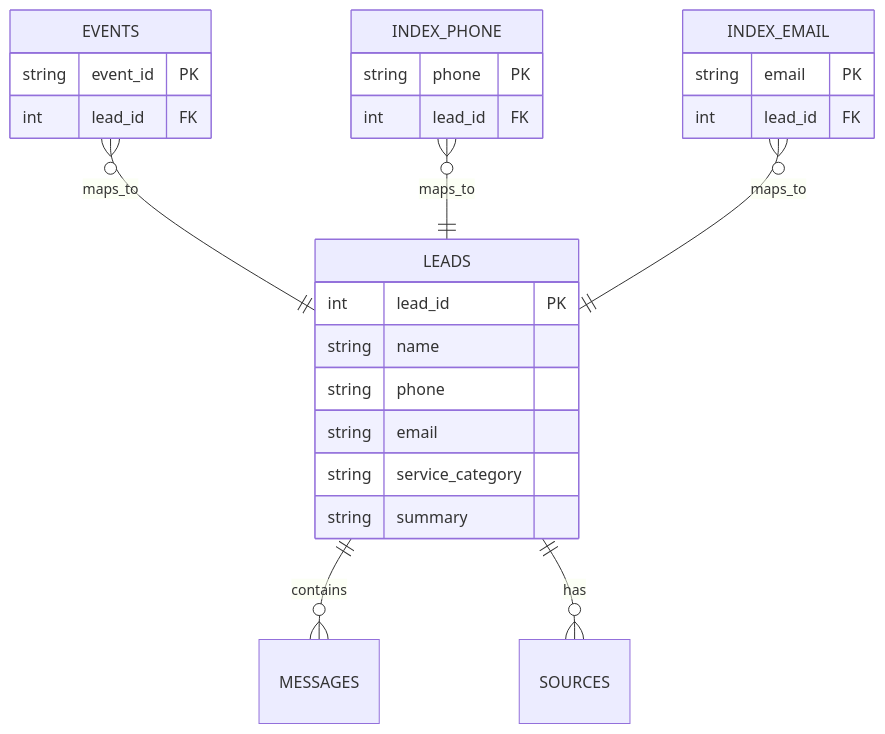
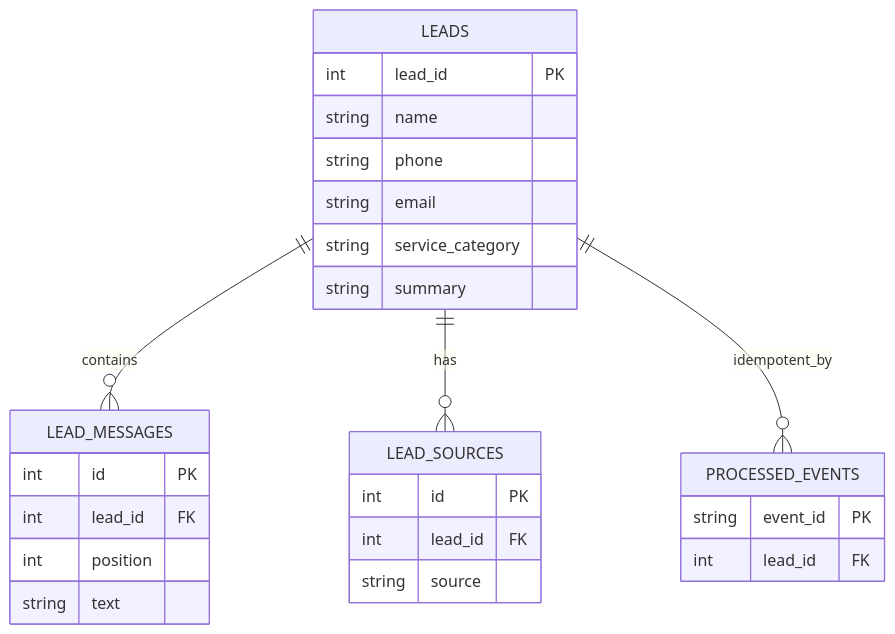
The second of 5 diagrams in README.md (hamzaparvez-dev/lead_tracker), drawn with Mermaid before and after one commit. The commit also changed other lines of this file and 23 other files, not shown here.

````diff
--- a/README.md
+++ b/README.md
@@ -78,28 +81,29 @@
 ```mermaid
 erDiagram
-  LEADS ||--o{ MESSAGES : contains
   LEADS {
     int lead_id PK
     string name
     string phone
     string email
     string service_category
     string summary
   }
-  EVENTS {
+  LEAD_MESSAGES {
+    int id PK
+    int lead_id FK
+    int position
+    string text
+  }
+  LEAD_SOURCES {
+    int id PK
+    int lead_id FK
+    string source
+  }
+  PROCESSED_EVENTS {
     string event_id PK
     int lead_id FK
   }
-  INDEX_PHONE {
-    string phone PK
-    int lead_id FK
-  }
-  INDEX_EMAIL {
-    string email PK
-    int lead_id FK
-  }
-  LEADS ||--o{ SOURCES : has
-  EVENTS }o--|| LEADS : maps_to
-  INDEX_PHONE }o--|| LEADS : maps_to
-  INDEX_EMAIL }o--|| LEADS : maps_to
+  LEADS ||--o{ LEAD_MESSAGES : contains
+  LEADS ||--o{ LEAD_SOURCES : has
+  LEADS ||--o{ PROCESSED_EVENTS : idempotent_by
 ```
````
